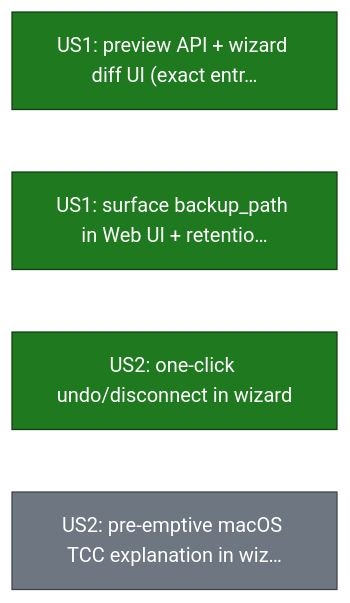
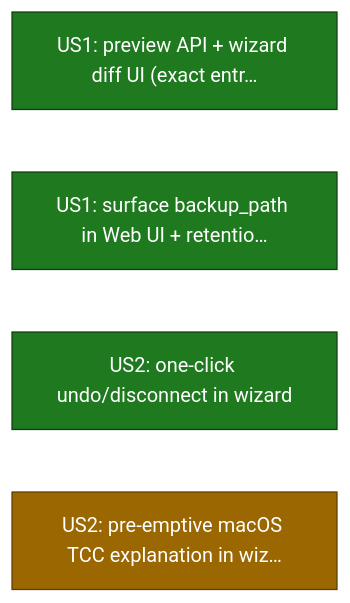
One commit to smart-mcp-proxy/mcpproxy-go changed the third of 17 diagrams in ROADMAP.md. Above: the diagram before and after it, drawn with Mermaid. The commit also changed other lines of this file and 1 other file, not shown here.

Commit message:
chore(roadmap): connect-trust-tcc-copy in_review (#910)

````diff
--- a/ROADMAP.md
+++ b/ROADMAP.md
@@ -125,13 +125,13 @@
 ```mermaid
 graph LR
   connect_trust_preview["US1: preview API + wizard diff UI (exact entr…"]
   connect_trust_backup_visibility["US1: surface backup_path in Web UI + retentio…"]
   connect_trust_undo["US2: one-click undo/disconnect in wizard"]
   connect_trust_tcc_copy["US2: pre-emptive macOS TCC explanation in wiz…"]
 
 
   classDef done fill:#1f7a1f,stroke:#0d3d0d,color:#ffffff;
-  classDef todo fill:#6e7781,stroke:#3d4248,color:#ffffff;
+  classDef in_review fill:#9a6700,stroke:#5c3d00,color:#ffffff;
   class connect_trust_preview,connect_trust_backup_visibility,connect_trust_undo done;
-  class connect_trust_tcc_copy todo;
+  class connect_trust_tcc_copy in_review;
 ```
````
